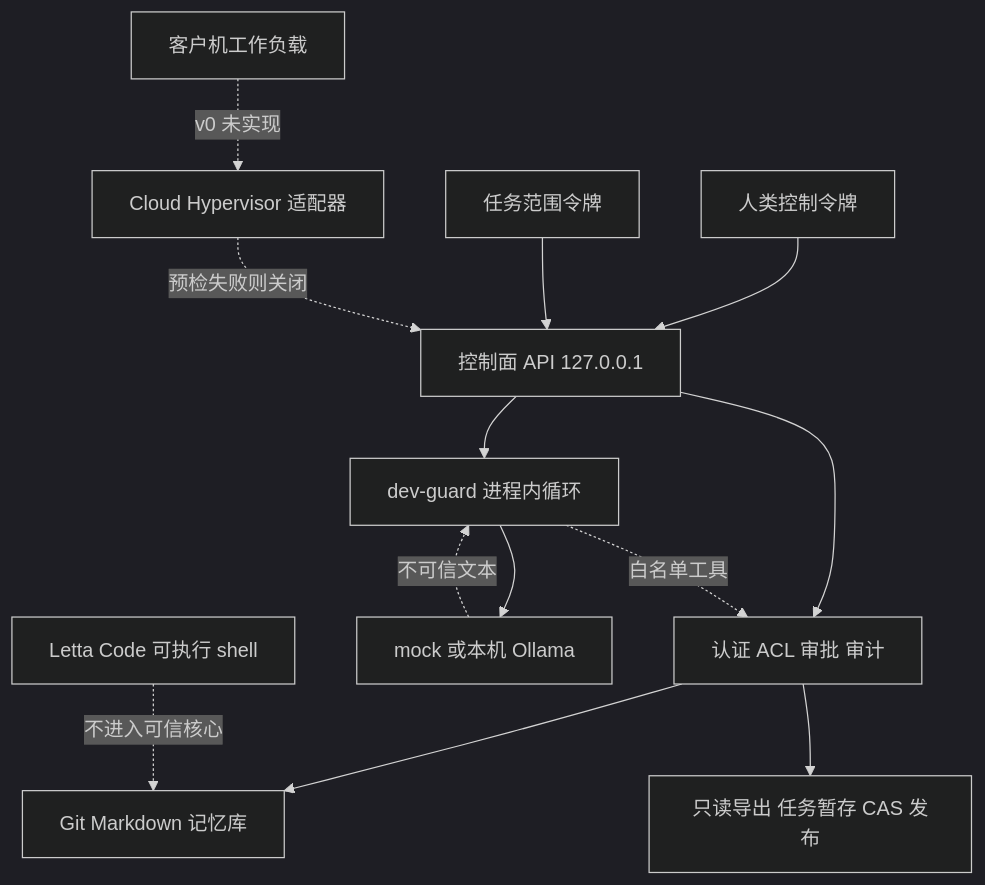
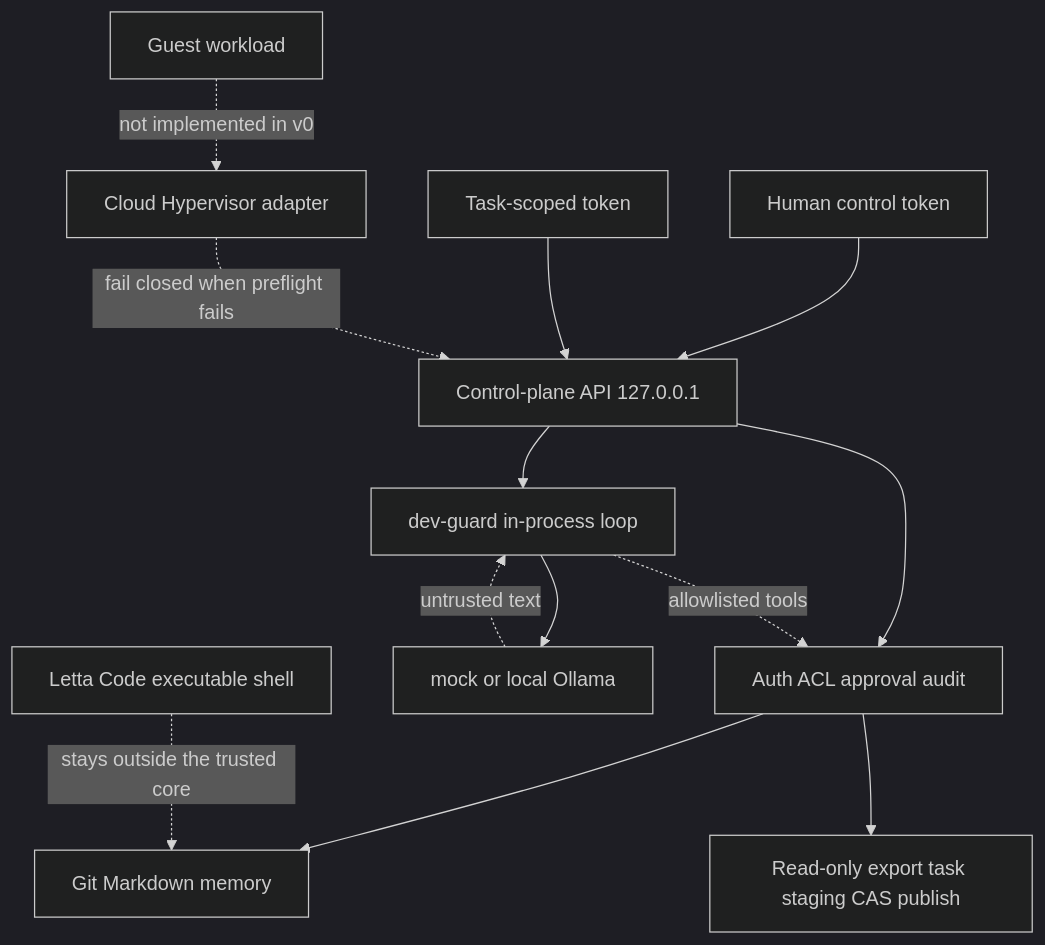
One commit to kurlez/ssios changed the diagram in docs/architecture.md. Above: the diagram before and after it, drawn with Mermaid (dark theme). The commit also changed other lines of this file and 19 other files, not shown here.

````diff
--- a/docs/architecture.md
+++ b/docs/architecture.md
@@ -7,27 +7,27 @@
 ```mermaid
 flowchart TB
-  human[人类控制令牌]
-  task[任务范围令牌]
-  api[控制面 API 127.0.0.1]
-  auth[认证 ACL 审批 审计]
-  mem[Git Markdown 记忆库]
-  disk[只读导出 任务暂存 CAS 发布]
-  guard[dev-guard 进程内循环]
-  model[mock 或本机 Ollama]
-  ch[Cloud Hypervisor 适配器]
-  guest[客户机工作负载]
-  letta[Letta Code 可执行 shell]
+  human[Human control token]
+  task[Task-scoped token]
+  api[Control-plane API 127.0.0.1]
+  auth[Auth ACL approval audit]
+  mem[Git Markdown memory]
+  disk[Read-only export task staging CAS publish]
+  guard[dev-guard in-process loop]
+  model[mock or local Ollama]
+  ch[Cloud Hypervisor adapter]
+  guest[Guest workload]
+  letta[Letta Code executable shell]
 
   human --> api
   task --> api
   api --> auth
   auth --> mem
   auth --> disk
   api --> guard
   guard --> model
-  model -. 不可信文本 .-> guard
-  guard -. 白名单工具 .-> auth
-  ch -. 预检失败则关闭 .-> api
-  guest -. v0 未实现 .-> ch
-  letta -. 不进入可信核心 .-> mem
+  model -. untrusted text .-> guard
+  guard -. allowlisted tools .-> auth
+  ch -. fail closed when preflight fails .-> api
+  guest -. not implemented in v0 .-> ch
+  letta -. stays outside the trusted core .-> mem
 ```
````
